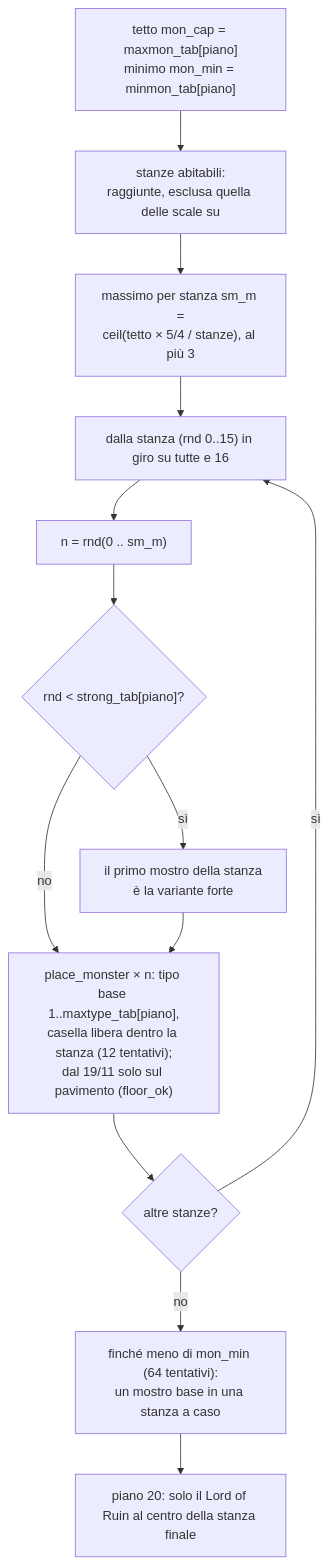
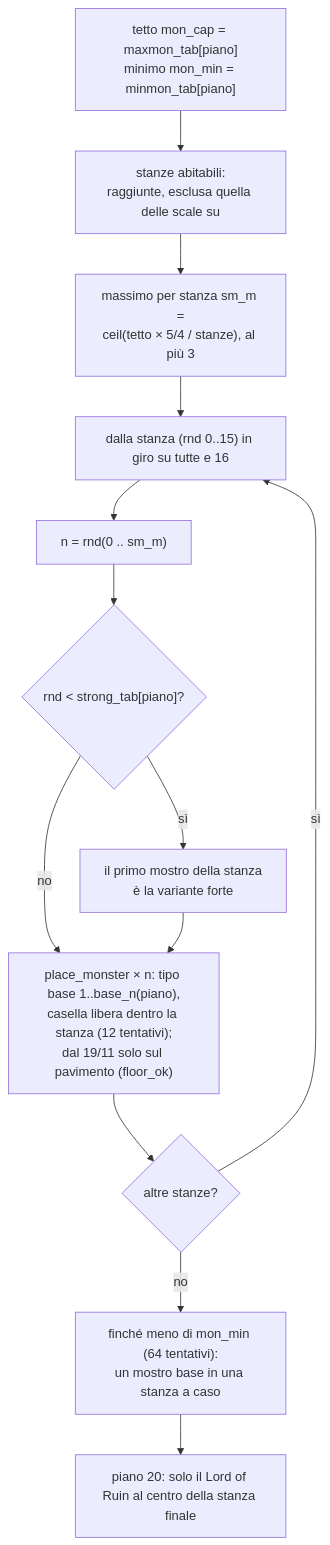
One commit to caporalesimone/barbarian-the-blood-path changed the first of 2 diagrams in docs/wiki/mostri.md. Above: the diagram before and after it, drawn with Mermaid. The commit also changed other lines of this file and 13 other files, not shown here.

First line of the commit message:
Will-o'-Wisp e Corpse Light dal piano 6 con crescita propria

````diff
--- a/docs/wiki/mostri.md
+++ b/docs/wiki/mostri.md
@@ -48,15 +48,15 @@
 ```mermaid
 flowchart TD
     A["tetto mon_cap = maxmon_tab[piano]<br/>minimo mon_min = minmon_tab[piano]"] --> B["stanze abitabili:<br/>raggiunte, esclusa quella delle scale su"]
     B --> C["massimo per stanza sm_m =<br/>ceil(tetto × 5/4 / stanze), al più 3"]
     C --> D["dalla stanza (rnd 0..15) in giro su tutte e 16"]
     D --> E["n = rnd(0 .. sm_m)"]
     E --> F{"rnd < strong_tab[piano]?"}
     F -->|sì| G["il primo mostro della stanza<br/>è la variante forte"]
     F -->|no| H
-    G --> H["place_monster × n: tipo base 1..maxtype_tab[piano],<br/>casella libera dentro la stanza (12 tentativi);<br/>dal 19/11 solo sul pavimento (floor_ok)"]
+    G --> H["place_monster × n: tipo base 1..base_n(piano),<br/>casella libera dentro la stanza (12 tentativi);<br/>dal 19/11 solo sul pavimento (floor_ok)"]
     H --> I{"altre stanze?"}
     I -->|sì| D
     I -->|no| J["finché meno di mon_min (64 tentativi):<br/>un mostro base in una stanza a caso"]
     J --> K["piano 20: solo il Lord of Ruin al centro della stanza finale"]
 ```
````
